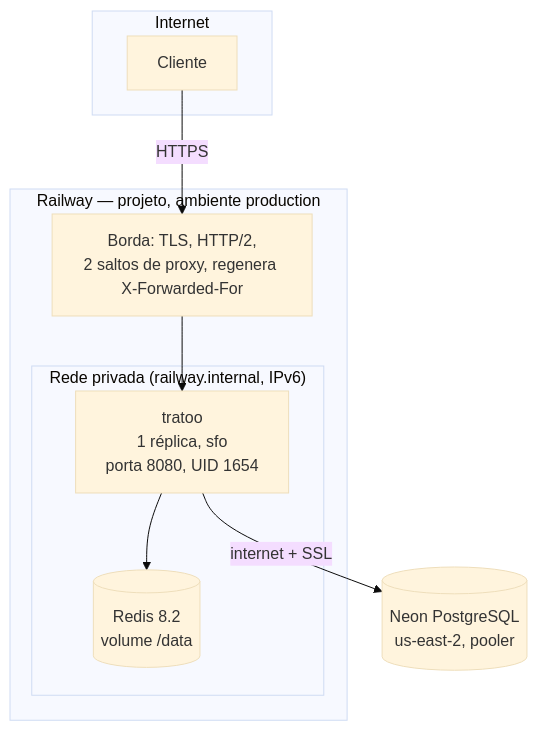
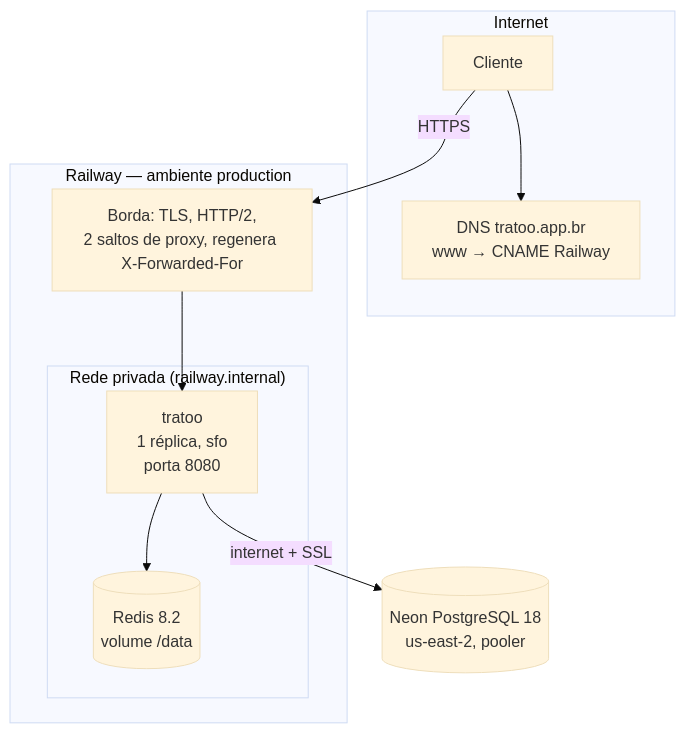
Before and after one commit to Gustavo-C-almeida/tratoo: the fifth of 8 diagrams in Docs/ARQUITETURA.md, drawn with Mermaid (base theme). The commit also changed other lines of this file and 2 other files, not shown here.

````diff
--- a/Docs/ARQUITETURA.md
+++ b/Docs/ARQUITETURA.md
@@ -432,17 +410,19 @@
 ```mermaid
 flowchart TB
     subgraph Internet
         C["Cliente"]
+        DNS["DNS tratoo.app.br<br/>www → CNAME Railway"]
     end
-    subgraph Railway["Railway — projeto, ambiente production"]
+    subgraph Railway["Railway — ambiente production"]
         EDGE["Borda: TLS, HTTP/2,<br/>2 saltos de proxy, regenera X-Forwarded-For"]
-        subgraph Privada["Rede privada (railway.internal, IPv6)"]
-            API["tratoo<br/>1 réplica, sfo<br/>porta 8080, UID 1654"]
+        subgraph Privada["Rede privada (railway.internal)"]
+            API["tratoo<br/>1 réplica, sfo<br/>porta 8080"]
             RED[("Redis 8.2<br/>volume /data")]
         end
     end
-    NEON[("Neon PostgreSQL<br/>us-east-2, pooler")]
+    NEON[("Neon PostgreSQL 18<br/>us-east-2, pooler")]
+    C --> DNS
     C -->|HTTPS| EDGE --> API
     API --> RED
     API -->|"internet + SSL"| NEON
 ```
````
